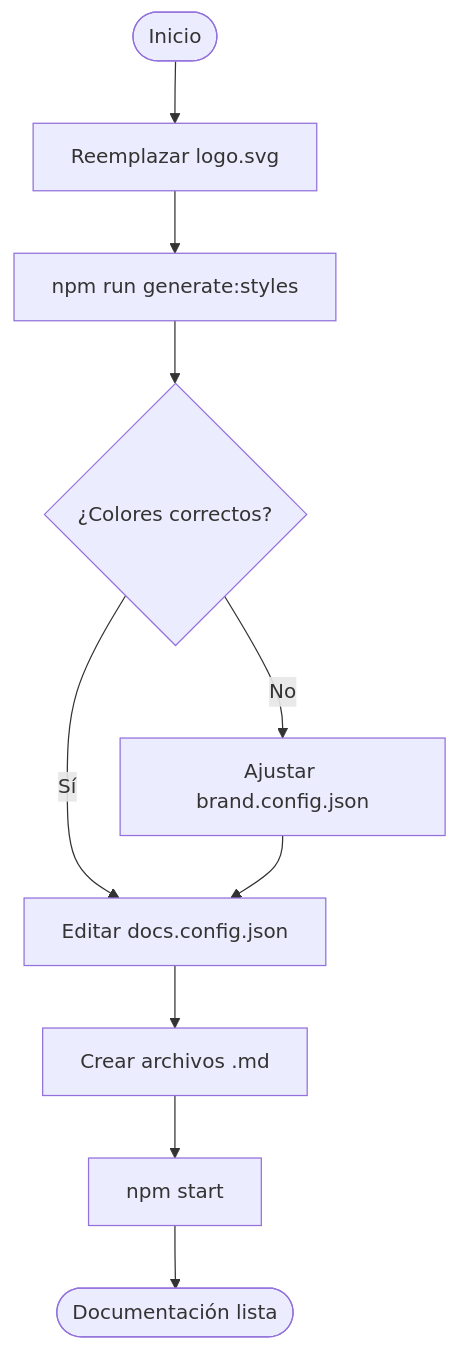
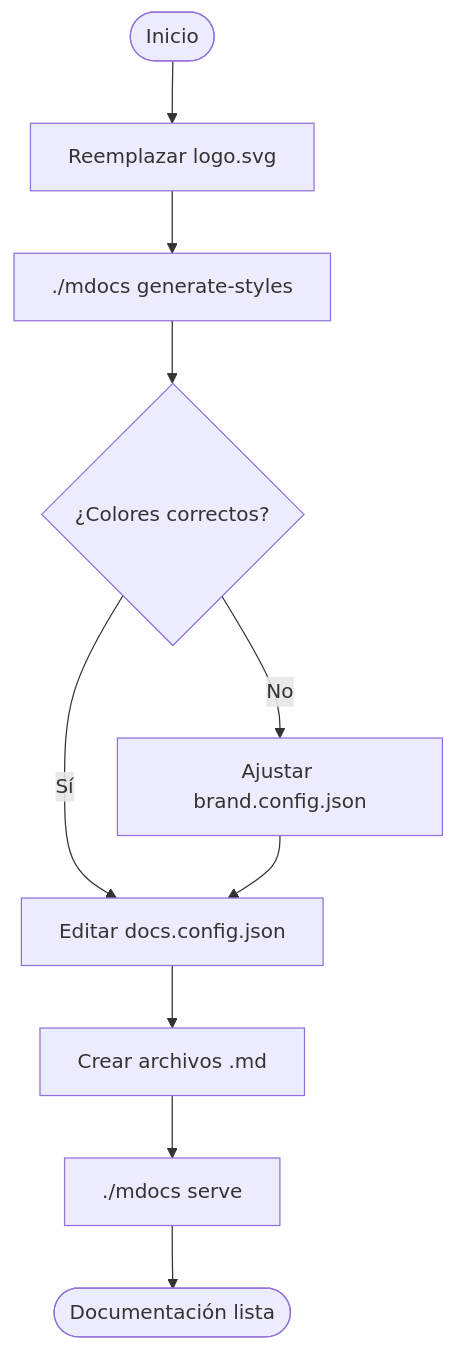
Before and after one commit to cristianino/md-docs-viewer: the first of 2 diagrams in docs/03-referencia.md, drawn with Mermaid. The commit also changed other lines of this file and 24 other files, not shown here.

````diff
--- a/docs/03-referencia.md
+++ b/docs/03-referencia.md
@@ -11,12 +11,12 @@
 ```mermaid
 flowchart TD
     A([Inicio]) --> B[Reemplazar logo.svg]
-    B --> C[npm run generate:styles]
+    B --> C[./mdocs generate-styles]
     C --> D{¿Colores correctos?}
     D -- Sí --> E[Editar docs.config.json]
     D -- No --> F[Ajustar brand.config.json]
     F --> E
     E --> G[Crear archivos .md]
-    G --> H[npm start]
+    G --> H[./mdocs serve]
     H --> I([Documentación lista])
 ```
````
